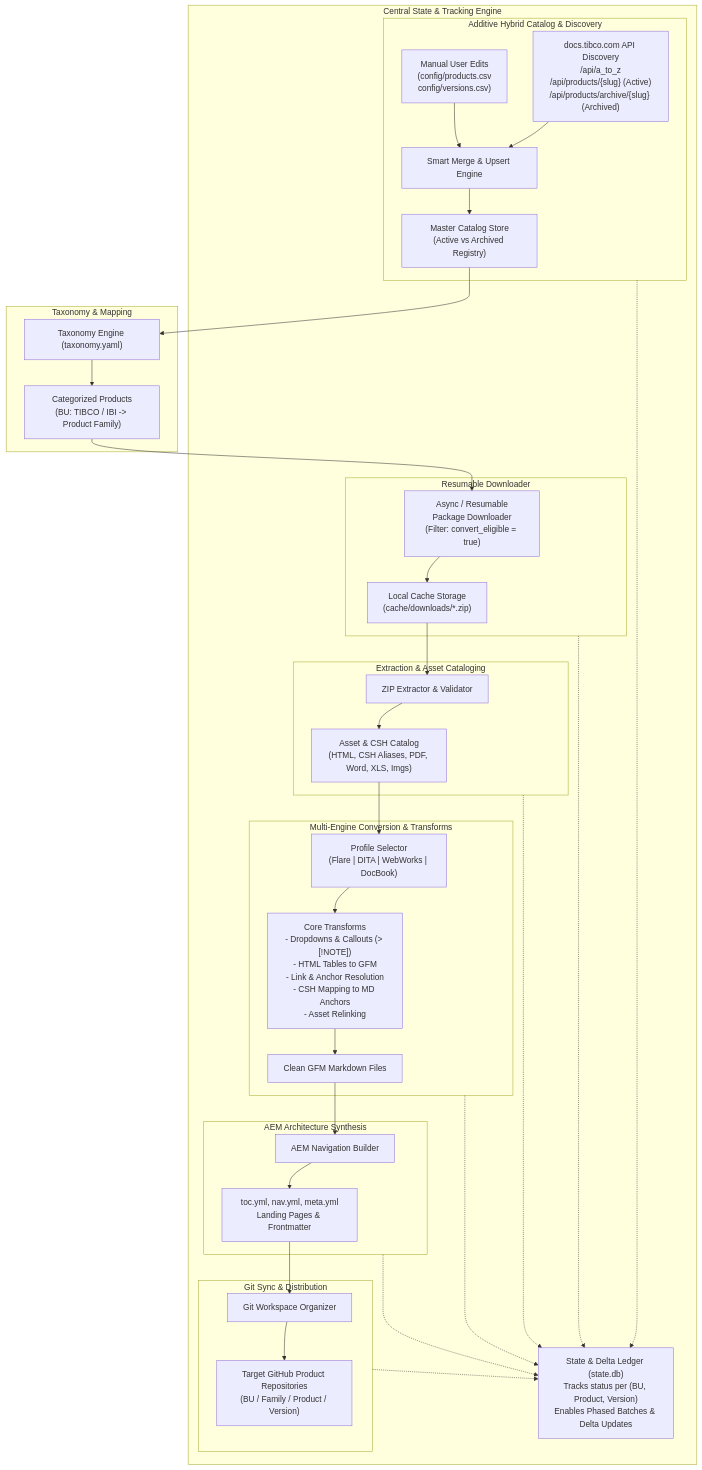
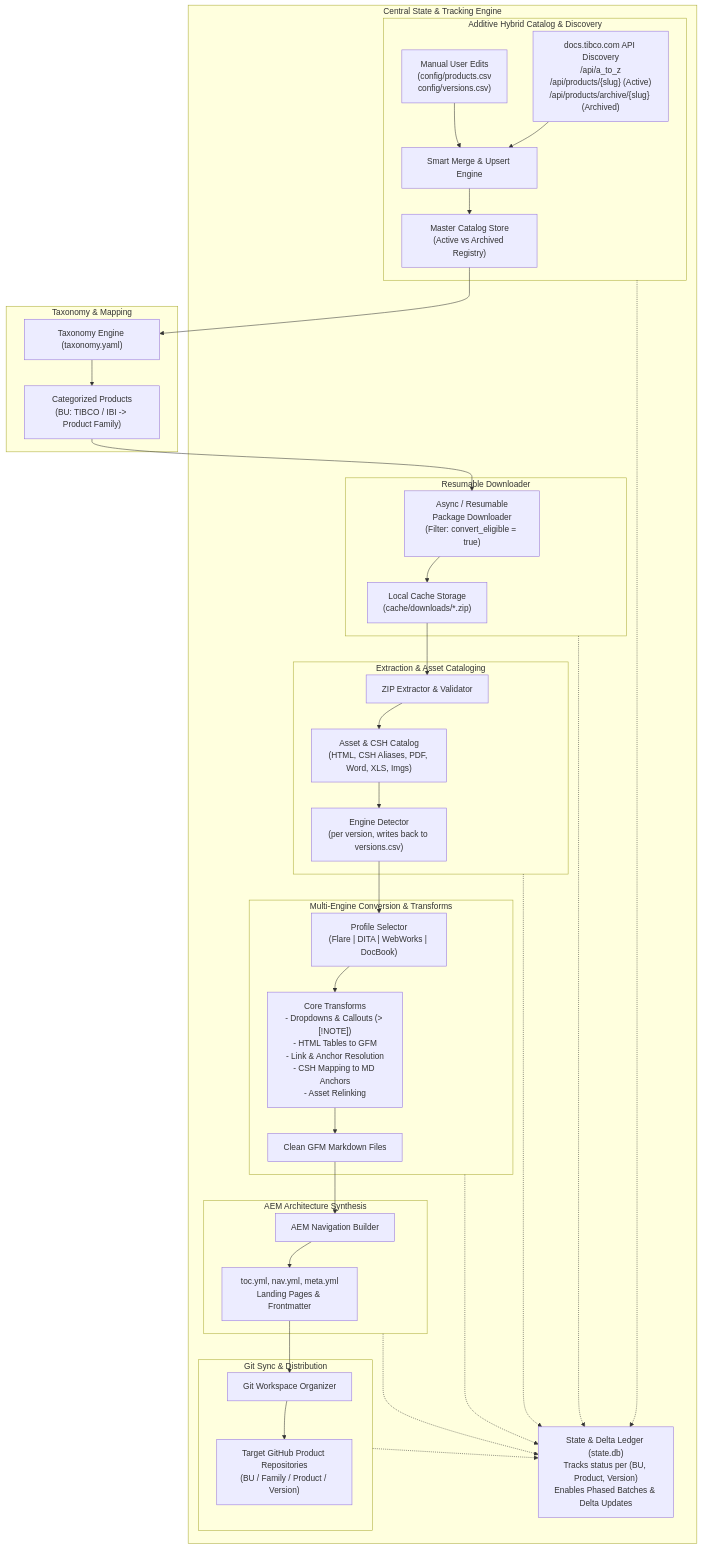
One commit to magrawal-tibco/docushift-tool changed the diagram in docs/architecture.md. Above: the diagram before and after it, drawn with Mermaid. The commit also changed other lines of this file and 3 other files, not shown here.

````diff
--- a/docs/architecture.md
+++ b/docs/architecture.md
@@ -15,49 +15,50 @@
 ```mermaid
 flowchart TD
     subgraph Catalog["Additive Hybrid Catalog & Discovery"]
         D1["docs.tibco.com API Discovery\n/api/a_to_z\n/api/products/{slug} (Active)\n/api/products/archive/{slug} (Archived)"] --> M1["Smart Merge & Upsert Engine"]
         M2["Manual User Edits\n(config/products.csv\nconfig/versions.csv)"] --> M1
         M1 --> CAT["Master Catalog Store\n(Active vs Archived Registry)"]
     end
 
     subgraph Taxonomy["Taxonomy & Mapping"]
         CAT --> T1["Taxonomy Engine (taxonomy.yaml)"]
         T1 --> T2["Categorized Products\n(BU: TIBCO / IBI -> Product Family)"]
     end
 
     subgraph Download["Resumable Downloader"]
         T2 --> DW1["Async / Resumable\nPackage Downloader\n(Filter: convert_eligible = true)"]
         DW1 --> DW2["Local Cache Storage\n(cache/downloads/*.zip)"]
     end
 
     subgraph Extract["Extraction & Asset Cataloging"]
         DW2 --> EX1["ZIP Extractor & Validator"]
         EX1 --> EX2["Asset & CSH Catalog\n(HTML, CSH Aliases, PDF, Word, XLS, Imgs)"]
+        EX2 --> EX3["Engine Detector\n(per version, writes back to versions.csv)"]
     end
 
     subgraph Convert["Multi-Engine Conversion & Transforms"]
-        EX2 --> C1["Profile Selector\n(Flare | DITA | WebWorks | DocBook)"]
+        EX3 --> C1["Profile Selector\n(Flare | DITA | WebWorks | DocBook)"]
         C1 --> C2["Core Transforms\n- Dropdowns & Callouts (> [!NOTE])\n- HTML Tables to GFM\n- Link & Anchor Resolution\n- CSH Mapping to MD Anchors\n- Asset Relinking"]
         C2 --> C3["Clean GFM Markdown Files"]
     end
 
     subgraph AEM["AEM Architecture Synthesis"]
         C3 --> AEM1["AEM Navigation Builder"]
         AEM1 --> AEM2["toc.yml, nav.yml, meta.yml\nLanding Pages & Frontmatter"]
     end
 
     subgraph Sync["Git Sync & Distribution"]
         AEM2 --> G1["Git Workspace Organizer"]
         G1 --> G2["Target GitHub Product Repositories\n(BU / Family / Product / Version)"]
     end
 
     subgraph Central["Central State & Tracking Engine"]
         ST["State & Delta Ledger (state.db)\nTracks status per (BU, Product, Version)\nEnables Phased Batches & Delta Updates"]
         Catalog -.-> ST
         Download -.-> ST
         Extract -.-> ST
         Convert -.-> ST
         AEM -.-> ST
         Sync -.-> ST
     end
 ```
````
